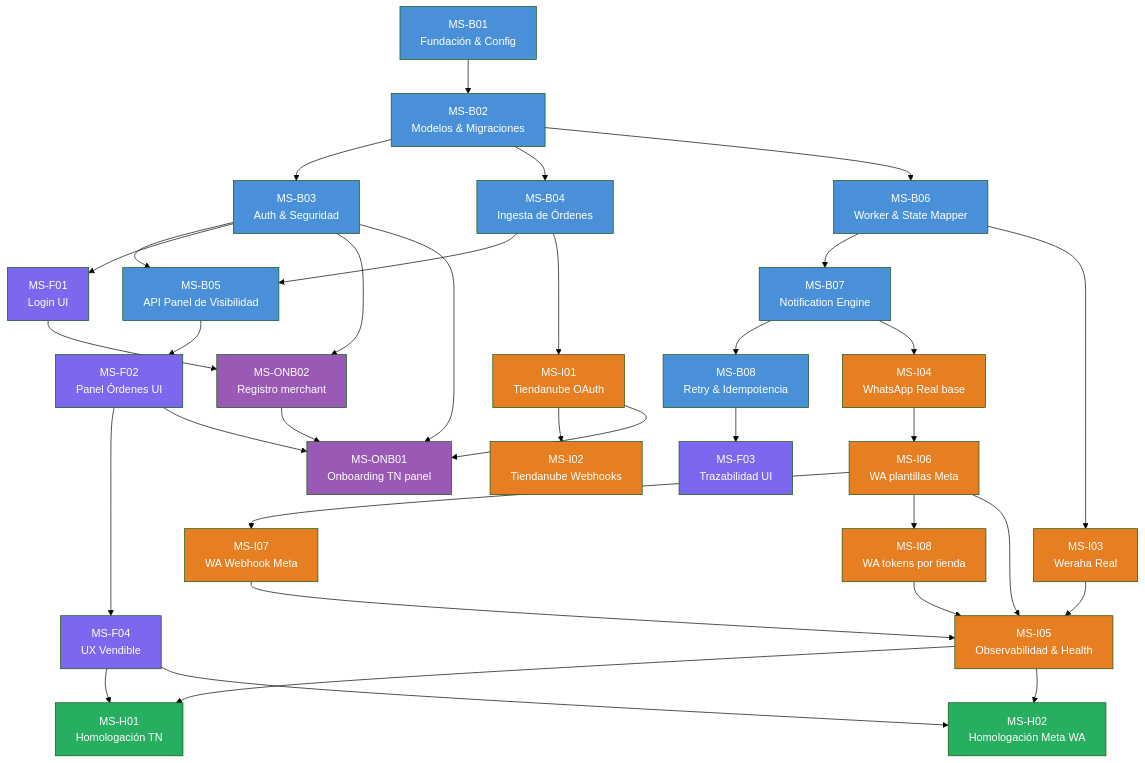
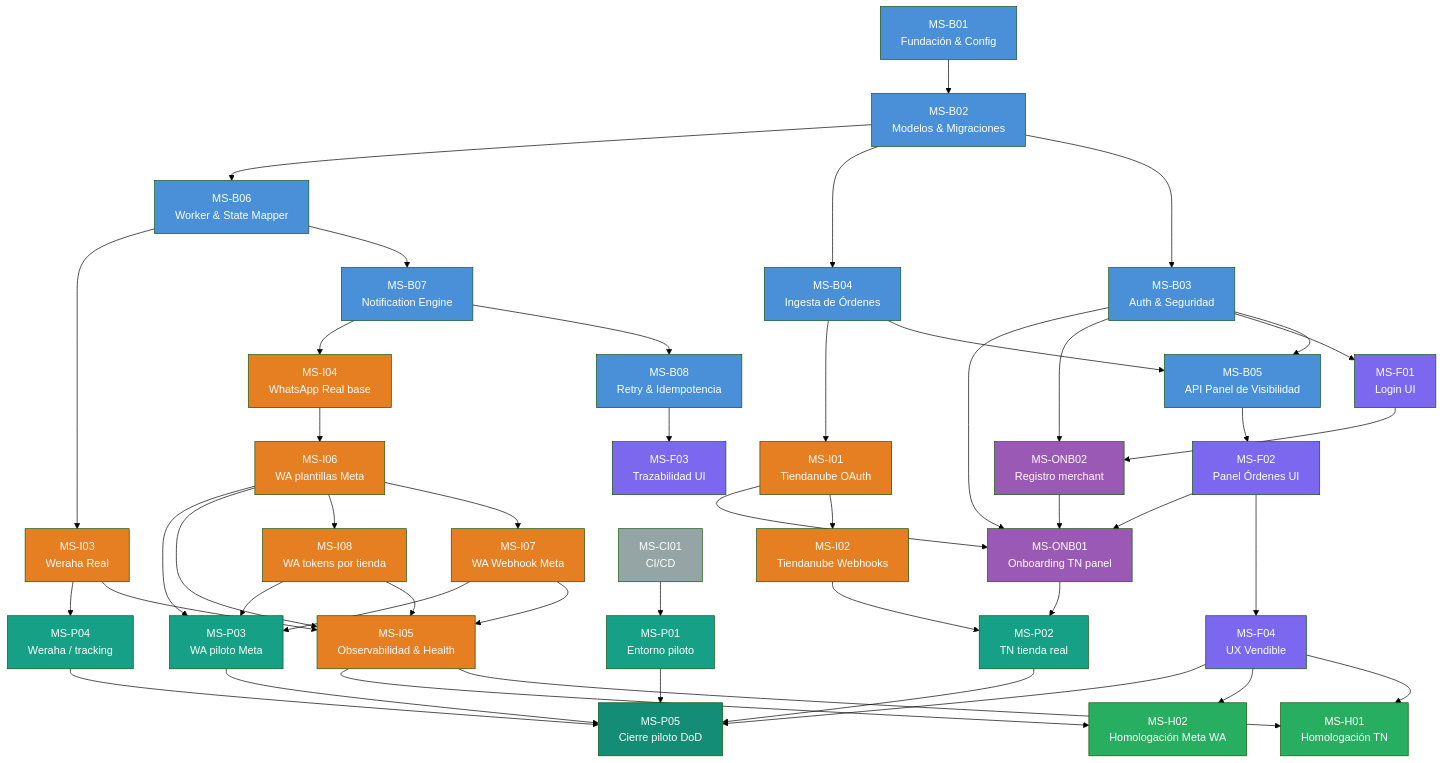
Before and after one commit to lbertalot/whatsapp-tracking-assistant: the diagram in docs/MILESTONES.md, drawn with Mermaid (forest theme). The commit also changed other lines of this file and 2 other files, not shown here.

First line of the commit message:
docs: piloto TN+WA — PILOT_READINESS.md y milestones MS-P01–P05

````diff
--- a/docs/MILESTONES.md
+++ b/docs/MILESTONES.md
@@ -60,6 +61,19 @@
     F04 --> H01
     F04 --> H02
 
+    CI01[MS-CI01<br>CI/CD] --> P01[MS-P01<br>Entorno piloto]
+    I02 --> P02[MS-P02<br>TN tienda real]
+    ONB01 --> P02
+    I06 --> P03[MS-P03<br>WA piloto Meta]
+    I07 --> P03
+    I08 --> P03
+    I03 --> P04[MS-P04<br>Weraha / tracking]
+    P01 --> P05[MS-P05<br>Cierre piloto DoD]
+    P02 --> P05
+    P03 --> P05
+    P04 --> P05
+    F04 --> P05
+
     style B01 fill:#4A90D9,color:#fff
     style B02 fill:#4A90D9,color:#fff
     style B03 fill:#4A90D9,color:#fff
@@ -84,4 +98,10 @@
     style ONB02 fill:#9B59B6,color:#fff
     style H01 fill:#27AE60,color:#fff
     style H02 fill:#27AE60,color:#fff
+    style CI01 fill:#95A5A6,color:#fff
+    style P01 fill:#16A085,color:#fff
+    style P02 fill:#16A085,color:#fff
+    style P03 fill:#16A085,color:#fff
+    style P04 fill:#16A085,color:#fff
+    style P05 fill:#138D75,color:#fff
 ```
````
